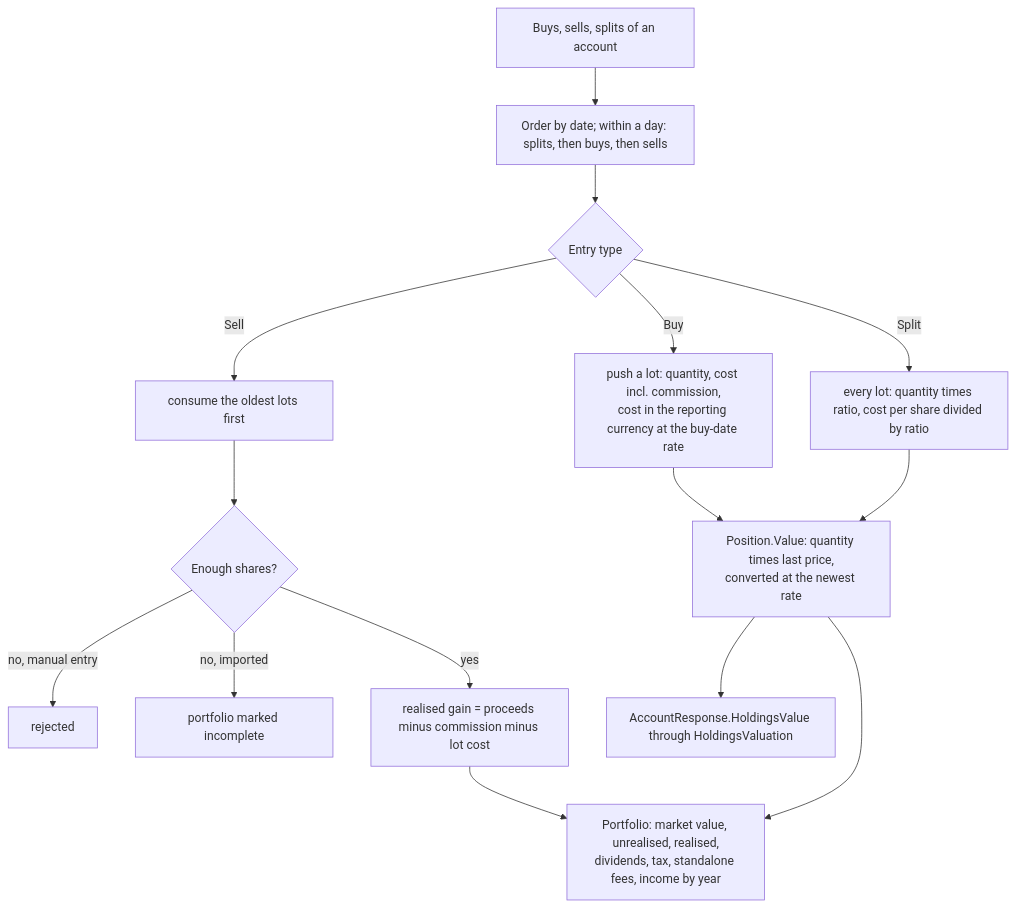
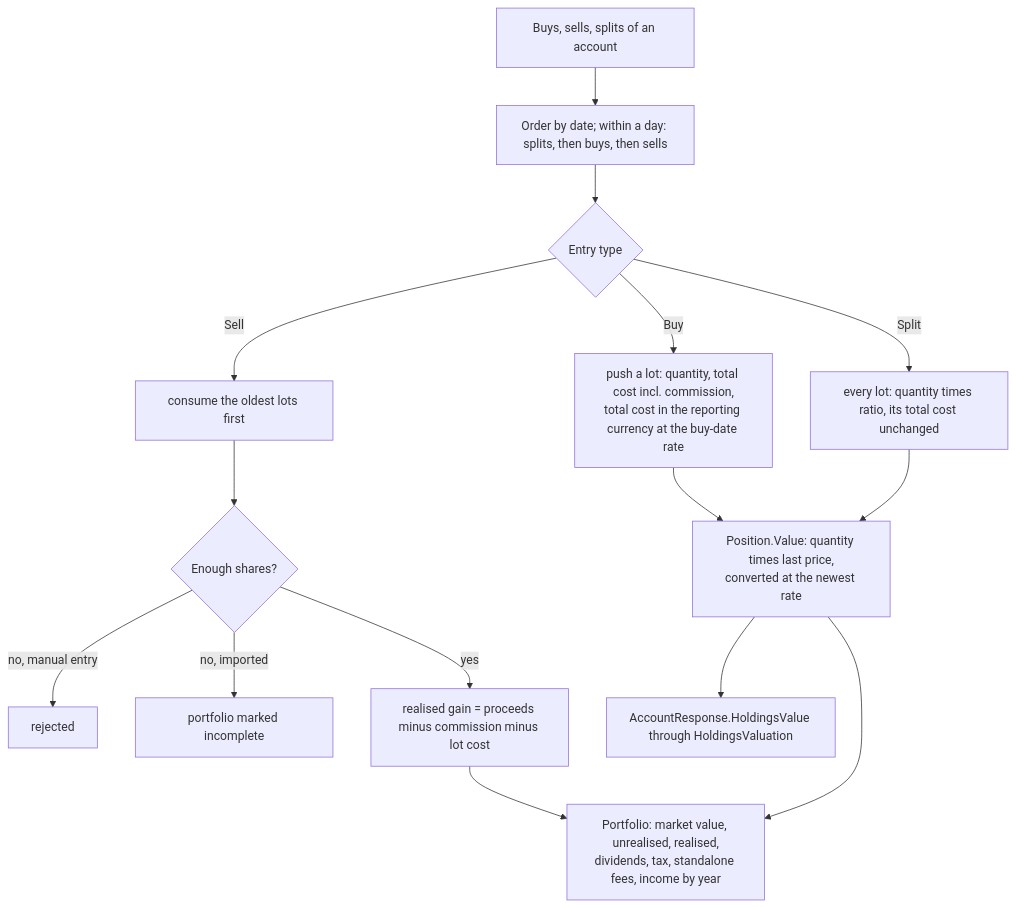
One commit to Justxs/Jx-Finance changed the first of 9 diagrams in docs/features/20. Investments.md. Above: the diagram before and after it, drawn with Mermaid. The commit also changed other lines of this file and 6 other files, not shown here.

First line of the commit message:
fix(backend): keep lot costs exact and value holdings in the right currency

````diff
--- a/docs/features/20. Investments.md
+++ b/docs/features/20. Investments.md
@@ -9,17 +9,17 @@
 ```mermaid
 flowchart TD
     Entries["Buys, sells, splits of an account"] --> Order["Order by date; within a day: splits, then buys, then sells"]
     Order --> Kind{"Entry type"}
-    Kind -->|"Buy"| Lot["push a lot: quantity, cost incl. commission,<br/>cost in the reporting currency at the buy-date rate"]
-    Kind -->|"Split"| Ratio["every lot: quantity times ratio, cost per share divided by ratio"]
+    Kind -->|"Buy"| Lot["push a lot: quantity, total cost incl. commission,<br/>total cost in the reporting currency at the buy-date rate"]
+    Kind -->|"Split"| Ratio["every lot: quantity times ratio, its total cost unchanged"]
     Kind -->|"Sell"| Fifo["consume the oldest lots first"]
     Fifo --> Cover{"Enough shares?"}
     Cover -->|"no, manual entry"| Reject["rejected"]
     Cover -->|"no, imported"| Incomplete["portfolio marked incomplete"]
     Cover -->|"yes"| Realised["realised gain = proceeds minus commission minus lot cost"]
     Lot --> Pos["Position.Value: quantity times last price,<br/>converted at the newest rate"]
     Ratio --> Pos
     Realised --> Totals["Portfolio: market value, unrealised, realised,<br/>dividends, tax, standalone fees, income by year"]
     Pos --> Totals
     Pos --> AccBal["AccountResponse.HoldingsValue through HoldingsValuation"]
 ```
````
